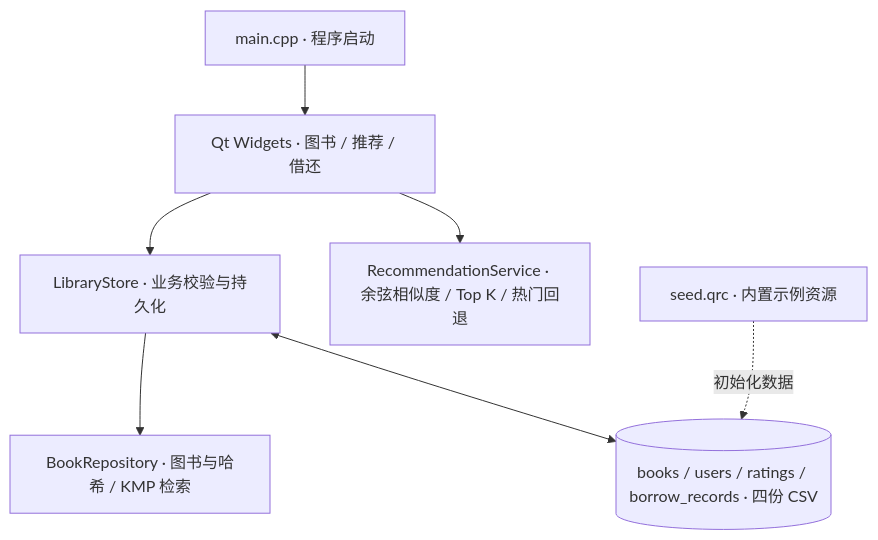
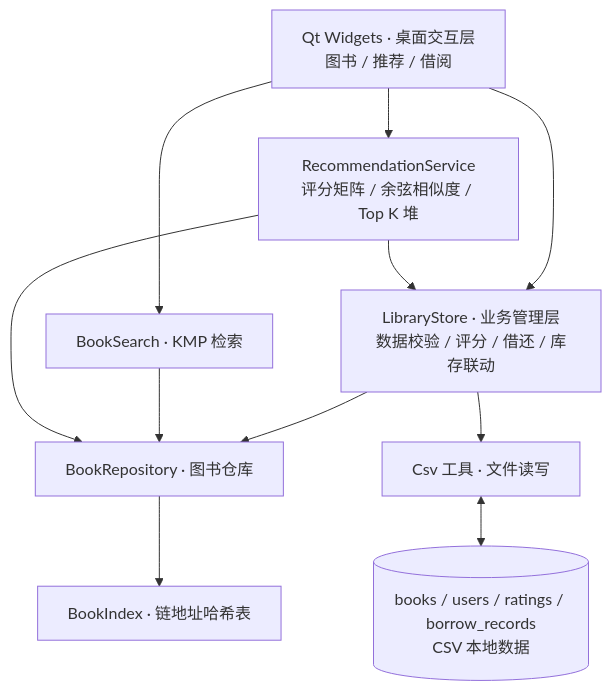
The diagram in README.md (ZhangJian-CN/book-recommendation-system), drawn with Mermaid before and after one commit. The commit also changed other lines of this file, not shown here.

````diff
--- a/README.md
+++ b/README.md
@@ -59,9 +55,22 @@
 ```mermaid
 flowchart TB
-    A["Qt Widgets · 图书 / 推荐 / 借还"] --> B["LibraryStore · 业务校验与持久化"]
-    B --> C["BookRepository · 图书与哈希 / KMP 检索"]
-    A --> R["RecommendationService · 余弦相似度 / Top K / 热门回退"]
-    B <--> D[("books / users / ratings / borrow_records · 四份 CSV")]
-    E["main.cpp · 程序启动"] --> A
-    F["seed.qrc · 内置示例资源"] -.->|"初始化数据"| D
+    UI["Qt Widgets · 桌面交互层<br/>图书 / 推荐 / 借阅"]
+    STORE["LibraryStore · 业务管理层<br/>数据校验 / 评分 / 借还 / 库存联动"]
+    BOOK["BookRepository · 图书仓库"]
+    INDEX["BookIndex · 链地址哈希表"]
+    SEARCH["BookSearch · KMP 检索"]
+    REC["RecommendationService<br/>评分矩阵 / 余弦相似度 / Top K 堆"]
+    CSV["Csv 工具 · 文件读写"]
+    FILES[("books / users / ratings / borrow_records<br/>CSV 本地数据")]
+
+    UI --> STORE
+    UI --> SEARCH
+    UI --> REC
+    STORE --> BOOK
+    BOOK --> INDEX
+    SEARCH --> BOOK
+    REC --> BOOK
+    REC --> STORE
+    STORE --> CSV
+    CSV <--> FILES
 ```
````
